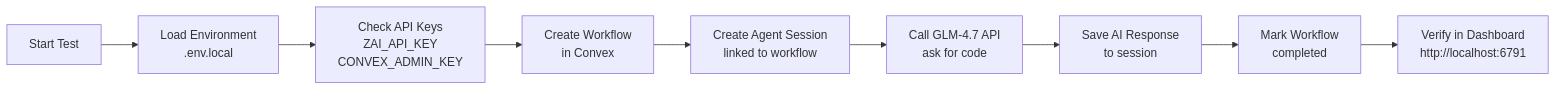
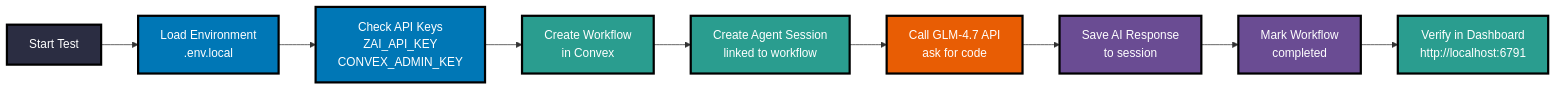
The third of 5 diagrams in docs/SETUP_GUIDE.md (whezagl/convex-poc), drawn with Mermaid before and after one commit. The commit also changed other lines of this file, not shown here.

First line of the commit message:
docs: fix Mermaid diagram color contrast for accessibility

````diff
--- a/docs/SETUP_GUIDE.md
+++ b/docs/SETUP_GUIDE.md
@@ -331,11 +343,21 @@
 ```mermaid
 flowchart LR
     A[Start Test] --> B[Load Environment<br/>.env.local]
     B --> C[Check API Keys<br/>ZAI_API_KEY<br/>CONVEX_ADMIN_KEY]
     C --> D[Create Workflow<br/>in Convex]
     D --> E[Create Agent Session<br/>linked to workflow]
     E --> F[Call GLM-4.7 API<br/>ask for code]
     F --> G[Save AI Response<br/>to session]
     G --> H[Mark Workflow<br/>completed]
     H --> I[Verify in Dashboard<br/>http://localhost:6791]
+
+    style A fill:#2B2D42,stroke:#000,stroke-width:3px,color:#fff
+    style B fill:#0077B6,stroke:#000,stroke-width:3px,color:#fff
+    style C fill:#0077B6,stroke:#000,stroke-width:3px,color:#fff
+    style D fill:#2A9D8F,stroke:#000,stroke-width:3px,color:#fff
+    style E fill:#2A9D8F,stroke:#000,stroke-width:3px,color:#fff
+    style F fill:#E85D04,stroke:#000,stroke-width:3px,color:#fff
+    style G fill:#6A4C93,stroke:#000,stroke-width:3px,color:#fff
+    style H fill:#6A4C93,stroke:#000,stroke-width:3px,color:#fff
+    style I fill:#2A9D8F,stroke:#000,stroke-width:3px,color:#fff
 ```
````
